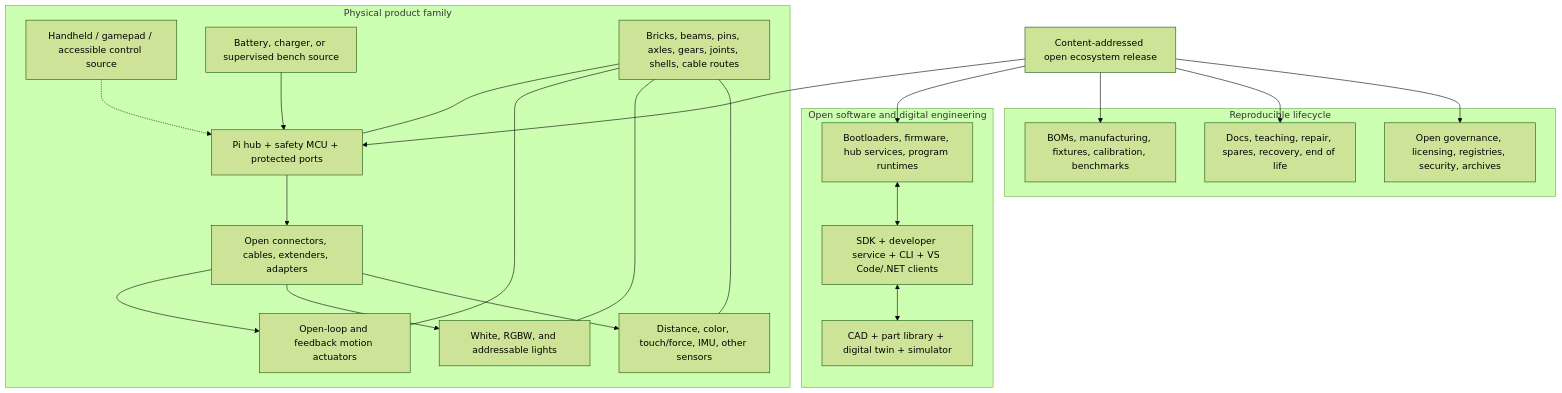
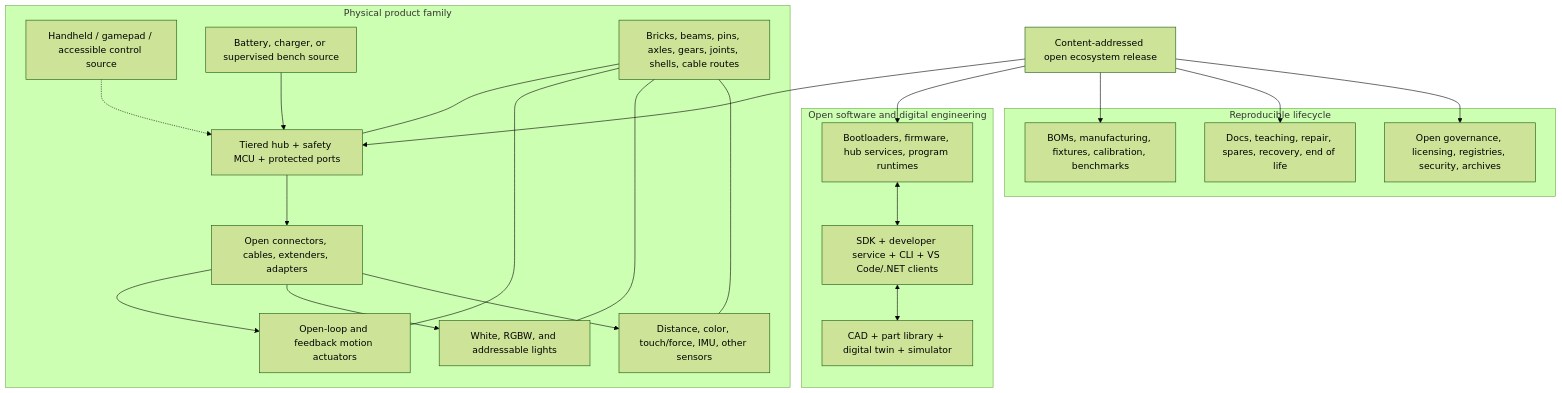
One commit to volzinnovation/brickcontroller2 changed the second of 3 diagrams in spec/ombr/0.1/OMBR-SPEC.md. Above: the diagram before and after it, drawn with Mermaid (forest theme). The commit also changed other lines of this file and 14 other files, not shown here.

```diff
--- a/spec/ombr/0.1/OMBR-SPEC.md
+++ b/spec/ombr/0.1/OMBR-SPEC.md
@@ -320,45 +421,45 @@
 ~~~mermaid
 flowchart TB
     RELEASE["Content-addressed open ecosystem release"]
 
     subgraph Physical["Physical product family"]
         INPUT["Handheld / gamepad / accessible control source"]
         POWER["Battery, charger, or supervised bench source"]
-        HUB["Pi hub + safety MCU + protected ports"]
+        HUB["Tiered hub + safety MCU + protected ports"]
         CABLE["Open connectors, cables, extenders, adapters"]
         ACT["Open-loop and feedback motion actuators"]
         LIGHT["White, RGBW, and addressable lights"]
         SENSOR["Distance, color, touch/force, IMU, other sensors"]
         MECH["Bricks, beams, pins, axles, gears, joints, shells, cable routes"]
         INPUT -.-> HUB
         POWER --> HUB
         HUB --> CABLE
         CABLE --> ACT
         CABLE --> LIGHT
         CABLE --> SENSOR
         MECH --- HUB
         MECH --- ACT
         MECH --- LIGHT
         MECH --- SENSOR
     end
 
     subgraph Software["Open software and digital engineering"]
         FW["Bootloaders, firmware, hub services, program runtimes"]
         TOOLS["SDK + developer service + CLI + VS Code/.NET clients"]
         TWIN2["CAD + part library + digital twin + simulator"]
         FW <--> TOOLS
         TOOLS <--> TWIN2
     end
 
     subgraph Lifecycle["Reproducible lifecycle"]
         MAKE["BOMs, manufacturing, fixtures, calibration, benchmarks"]
         CARE["Docs, teaching, repair, spares, recovery, end of life"]
         GOV2["Open governance, licensing, registries, security, archives"]
     end
 
     RELEASE --> HUB
     RELEASE --> FW
     RELEASE --> MAKE
     RELEASE --> CARE
     RELEASE --> GOV2
 ~~~
```
